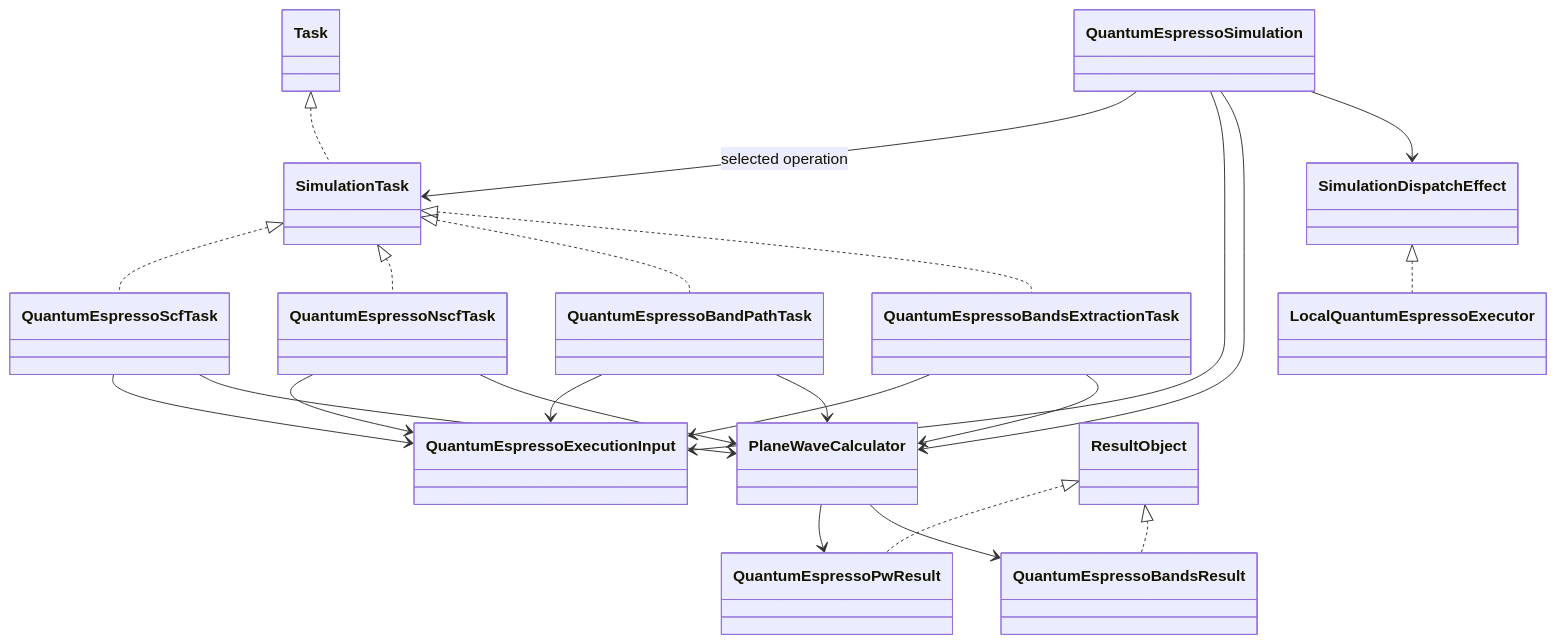
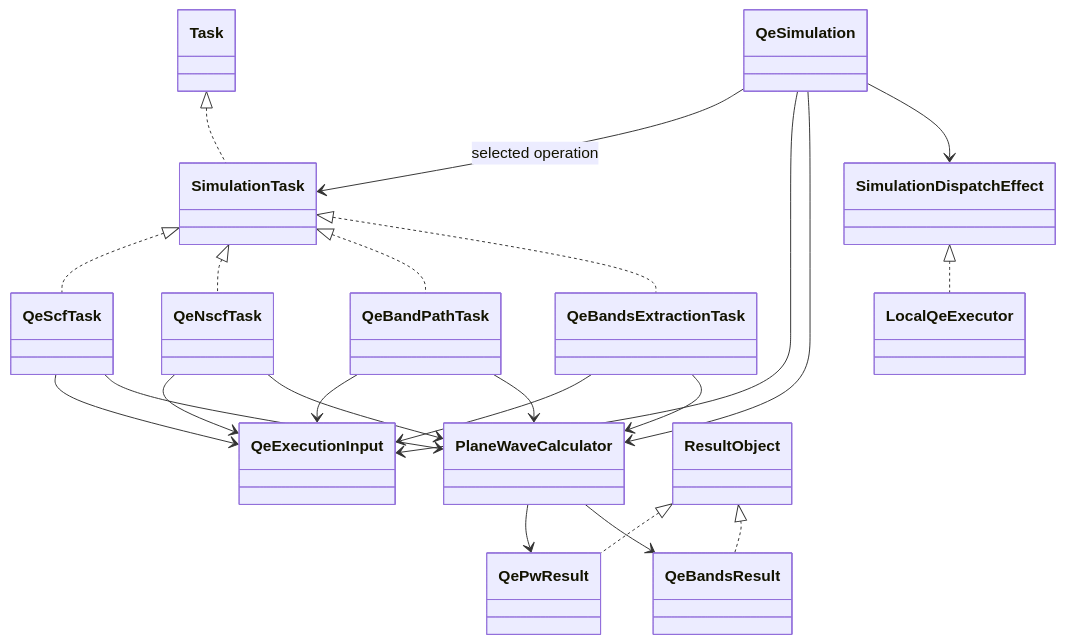
The first of 2 diagrams in docs/architecture/v2/ksdft2effmass/workflows/simulation-task-model.md (eragasa/ksdft2effmass), drawn with Mermaid before and after one commit. The commit also changed other lines of this file and 263 other files, not shown here.

````diff
--- a/docs/architecture/v2/ksdft2effmass/workflows/simulation-task-model.md
+++ b/docs/architecture/v2/ksdft2effmass/workflows/simulation-task-model.md
@@ -51,40 +51,40 @@
 ```mermaid
 classDiagram
     class Task
     class SimulationTask
-    class QuantumEspressoScfTask
-    class QuantumEspressoNscfTask
-    class QuantumEspressoBandPathTask
-    class QuantumEspressoBandsExtractionTask
-    class QuantumEspressoSimulation
-    class QuantumEspressoExecutionInput
-    class QuantumEspressoPwResult
-    class QuantumEspressoBandsResult
+    class QeScfTask
+    class QeNscfTask
+    class QeBandPathTask
+    class QeBandsExtractionTask
+    class QeSimulation
+    class QeExecutionInput
+    class QePwResult
+    class QeBandsResult
     class PlaneWaveCalculator
     class SimulationDispatchEffect
-    class LocalQuantumEspressoExecutor
+    class LocalQeExecutor
     class ResultObject
 
     Task <|.. SimulationTask
-    SimulationTask <|.. QuantumEspressoScfTask
-    SimulationTask <|.. QuantumEspressoNscfTask
-    SimulationTask <|.. QuantumEspressoBandPathTask
-    SimulationTask <|.. QuantumEspressoBandsExtractionTask
-    QuantumEspressoScfTask --> QuantumEspressoExecutionInput
-    QuantumEspressoNscfTask --> QuantumEspressoExecutionInput
-    QuantumEspressoBandPathTask --> QuantumEspressoExecutionInput
-    QuantumEspressoBandsExtractionTask --> QuantumEspressoExecutionInput
-    QuantumEspressoScfTask --> PlaneWaveCalculator
-    QuantumEspressoNscfTask --> PlaneWaveCalculator
-    QuantumEspressoBandPathTask --> PlaneWaveCalculator
-    QuantumEspressoBandsExtractionTask --> PlaneWaveCalculator
-    QuantumEspressoSimulation --> SimulationTask : selected operation
-    QuantumEspressoSimulation --> QuantumEspressoExecutionInput
-    QuantumEspressoSimulation --> PlaneWaveCalculator
-    QuantumEspressoSimulation --> SimulationDispatchEffect
-    SimulationDispatchEffect <|.. LocalQuantumEspressoExecutor
-    PlaneWaveCalculator --> QuantumEspressoPwResult
-    PlaneWaveCalculator --> QuantumEspressoBandsResult
-    ResultObject <|.. QuantumEspressoPwResult
-    ResultObject <|.. QuantumEspressoBandsResult
+    SimulationTask <|.. QeScfTask
+    SimulationTask <|.. QeNscfTask
+    SimulationTask <|.. QeBandPathTask
+    SimulationTask <|.. QeBandsExtractionTask
+    QeScfTask --> QeExecutionInput
+    QeNscfTask --> QeExecutionInput
+    QeBandPathTask --> QeExecutionInput
+    QeBandsExtractionTask --> QeExecutionInput
+    QeScfTask --> PlaneWaveCalculator
+    QeNscfTask --> PlaneWaveCalculator
+    QeBandPathTask --> PlaneWaveCalculator
+    QeBandsExtractionTask --> PlaneWaveCalculator
+    QeSimulation --> SimulationTask : selected operation
+    QeSimulation --> QeExecutionInput
+    QeSimulation --> PlaneWaveCalculator
+    QeSimulation --> SimulationDispatchEffect
+    SimulationDispatchEffect <|.. LocalQeExecutor
+    PlaneWaveCalculator --> QePwResult
+    PlaneWaveCalculator --> QeBandsResult
+    ResultObject <|.. QePwResult
+    ResultObject <|.. QeBandsResult
 ```
````
